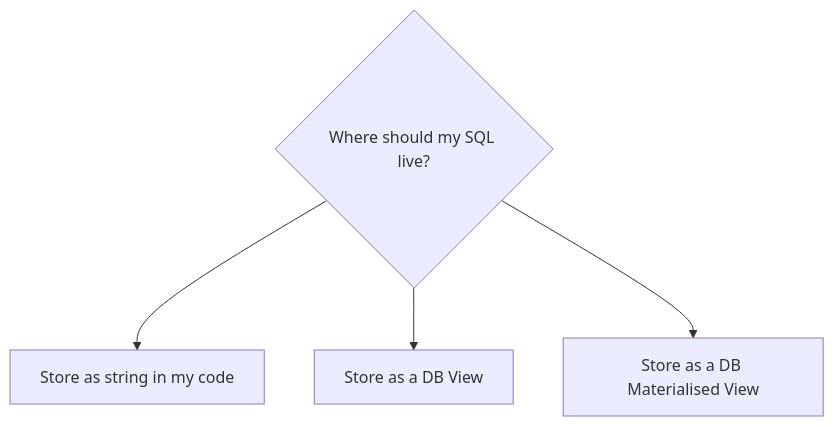
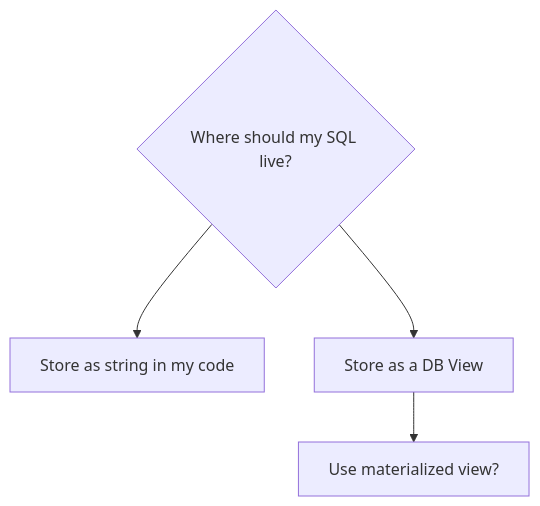
One commit to eoinkelly/notes changed the second of 2 diagrams in rails/raw-sql/index.md. Above: the diagram before and after it, drawn with Mermaid. The commit also changed other lines of this file and 1 other file, not shown here.

````diff
--- a/rails/raw-sql/index.md
+++ b/rails/raw-sql/index.md
@@ -201,7 +205,7 @@
 ```mermaid
 graph TD
     I{Where should my SQL live?}
     I --> J[Store as string in my code]
-    I --> K[Store as a DB View]
-    I --> L[Store as a DB Materialised View]
+    I --> K["Store as a DB View"]
+    K --> L["Use materialized view?"]
 ```
````
